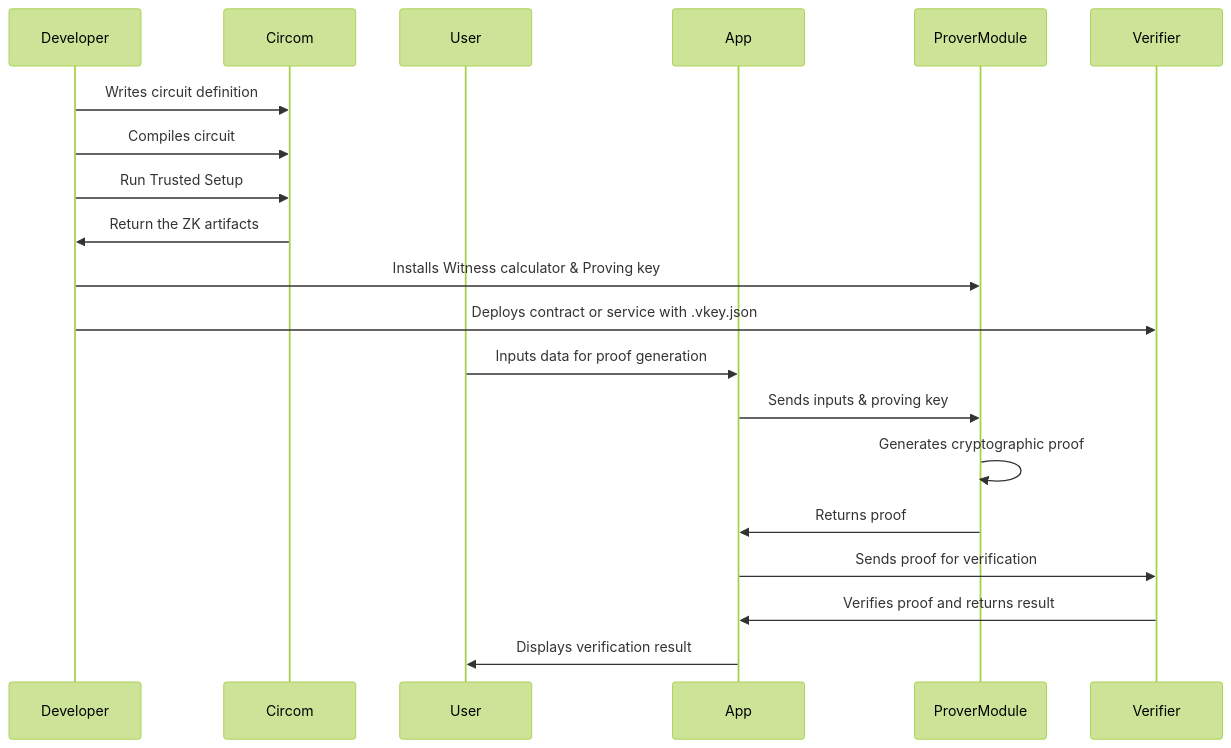
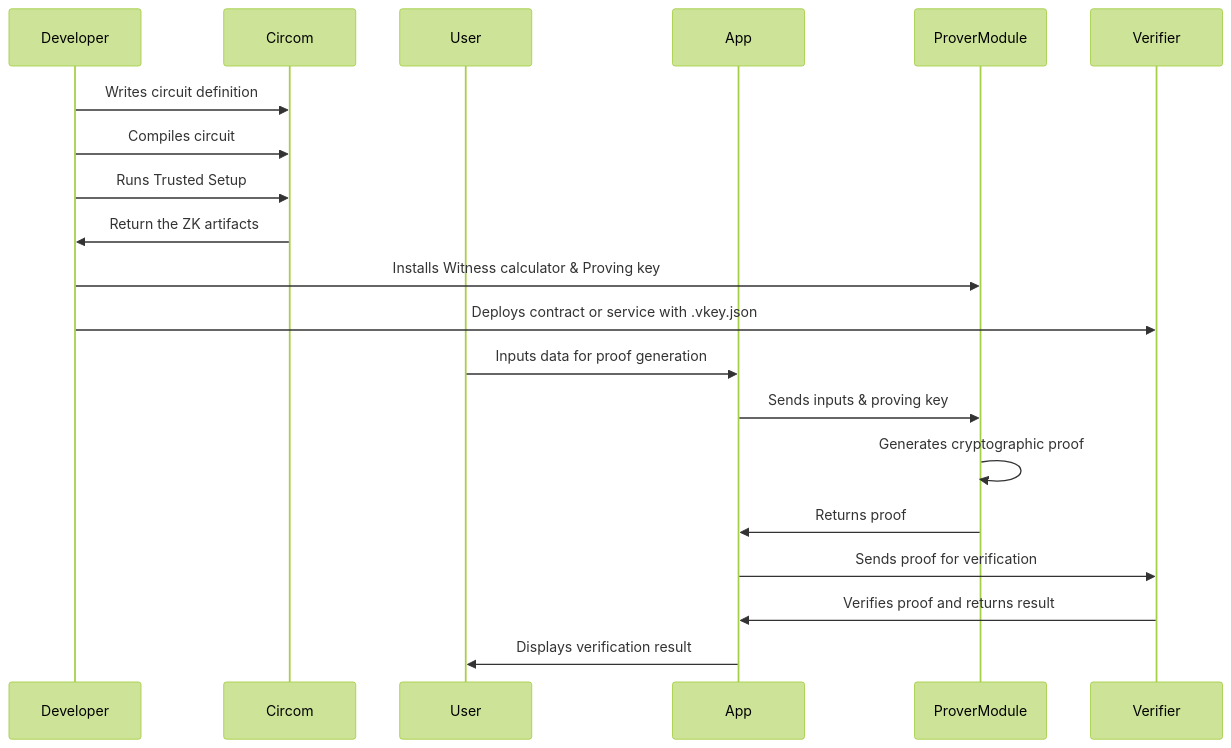
The first of 6 diagrams in 2024/week1_cryptographic_basics.md (mashharuki/core-program), drawn with Mermaid (forest theme) before and after one commit.

Commit message:
docs: fix verb tense in setup step description

````diff
--- a/2024/week1_cryptographic_basics.md
+++ b/2024/week1_cryptographic_basics.md
@@ -11,23 +11,23 @@
 ```mermaid
 sequenceDiagram
     participant Developer
     participant Circom
     participant User
     participant App
     participant ProverModule
     participant Verifier
 
     Developer->>Circom: Writes circuit definition
     Developer->>Circom: Compiles circuit
-    Developer->>Circom: Run Trusted Setup
+    Developer->>Circom: Runs Trusted Setup
     Circom->>Developer: Return the ZK artifacts
     Developer->>ProverModule: Installs Witness calculator & Proving key
     Developer->>Verifier: Deploys contract or service with .vkey.json 
     User->>App: Inputs data for proof generation
     App->>ProverModule: Sends inputs & proving key
     ProverModule->>ProverModule: Generates cryptographic proof
     ProverModule->>App: Returns proof
     App->>Verifier: Sends proof for verification
     Verifier->>App: Verifies proof and returns result
     App->>User: Displays verification result
 ```
````
